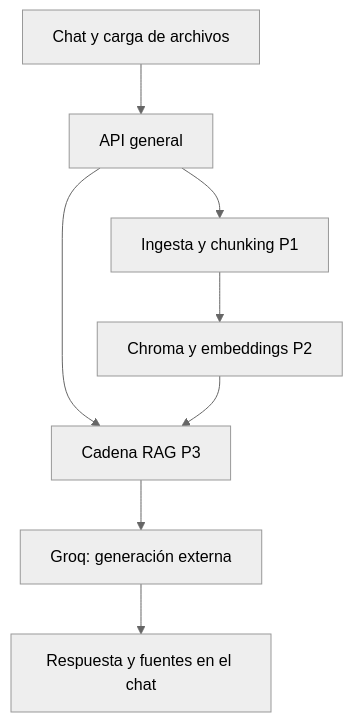
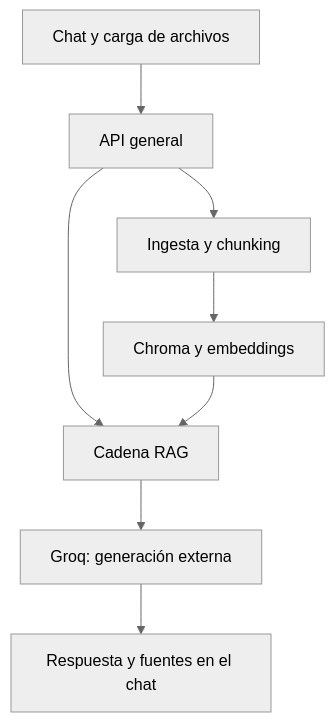
The first of 3 diagrams in README.md (MajoRodri/PRL-IA), drawn with Mermaid (neutral theme) before and after one commit. The commit also changed other lines of this file, not shown here.

````diff
--- a/README.md
+++ b/README.md
@@ -105,10 +105,10 @@
 ```mermaid
 flowchart TD
     A["Chat y carga de archivos"] --> B["API general"]
-    B --> C["Ingesta y chunking P1"]
-    C --> D["Chroma y embeddings P2"]
-    B --> E["Cadena RAG P3"]
+    B --> C["Ingesta y chunking"]
+    C --> D["Chroma y embeddings"]
+    B --> E["Cadena RAG"]
     D --> E
     E --> F["Groq: generación externa"]
     F --> G["Respuesta y fuentes en el chat"]
 ```
````
